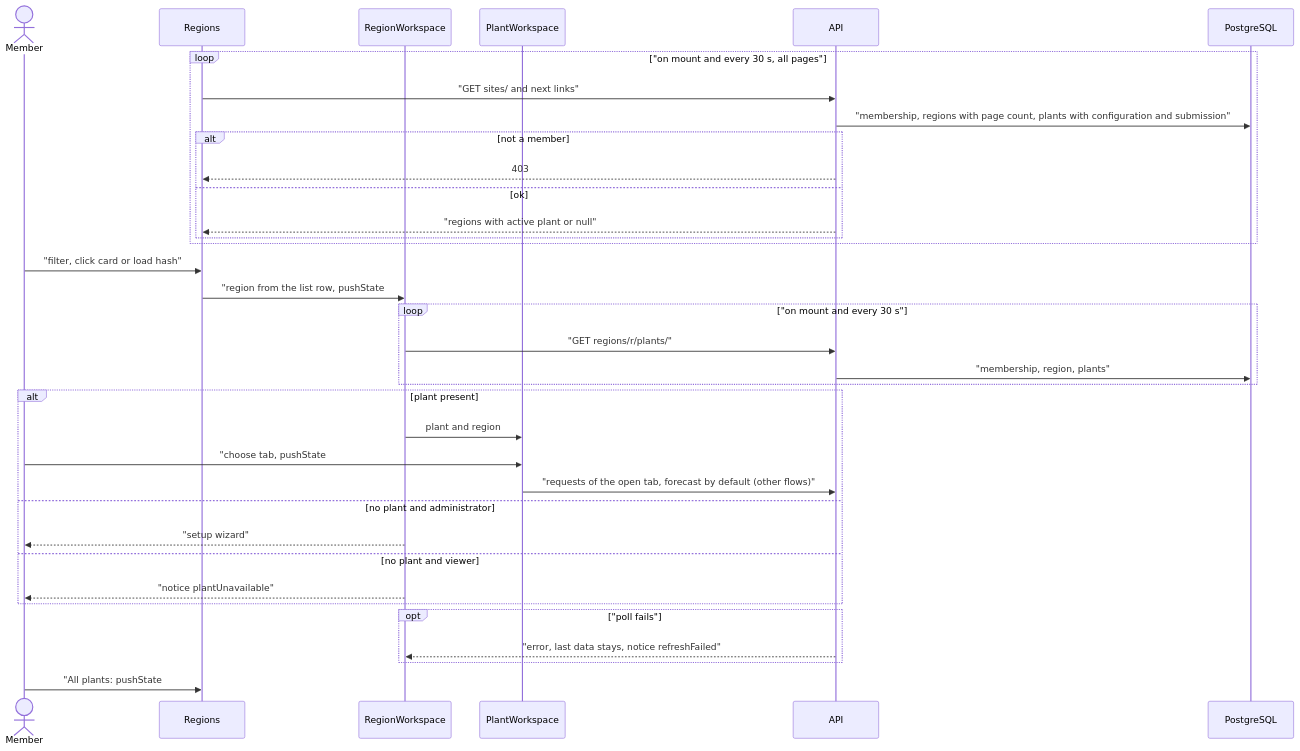
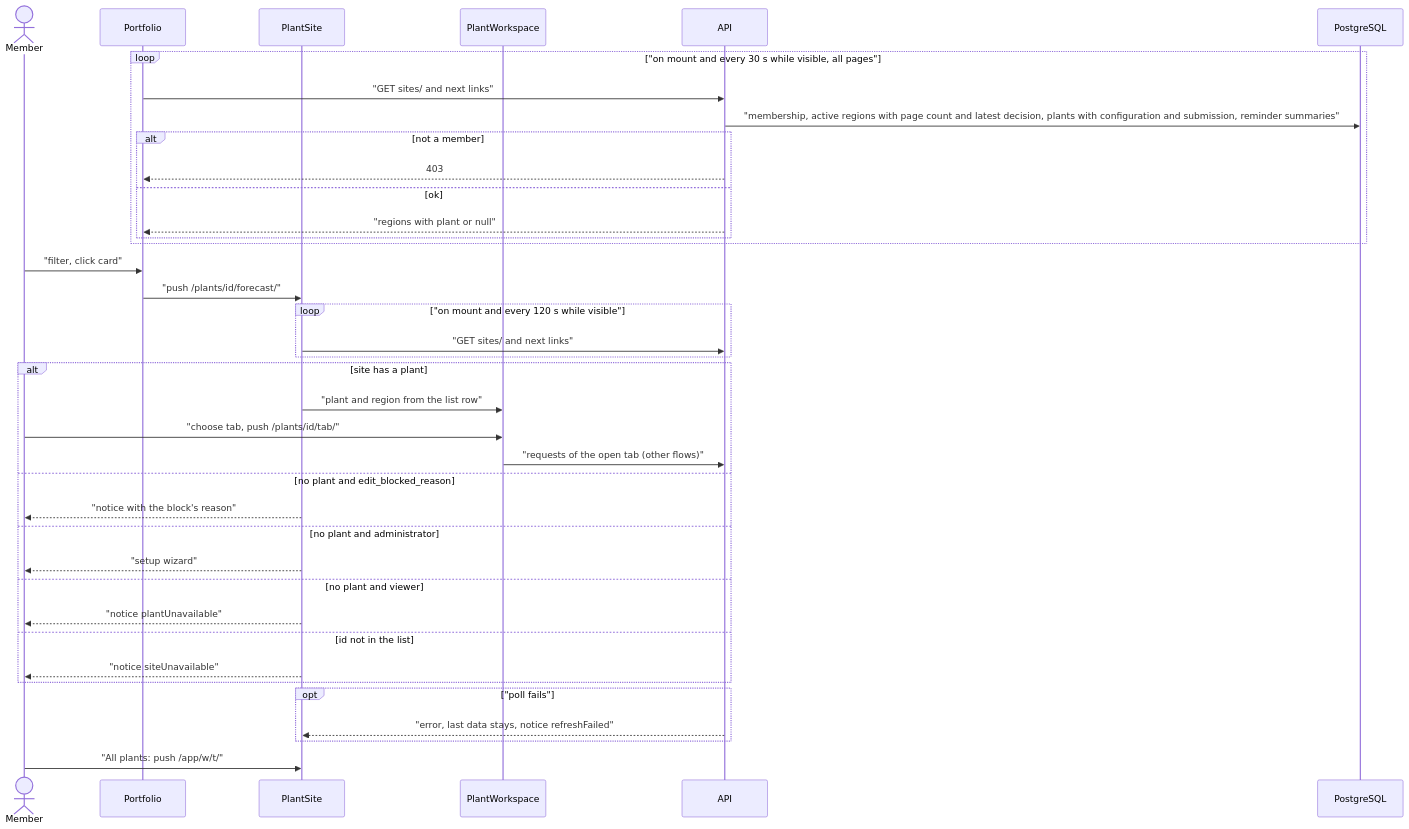
One commit to erkurtharun/pyracast changed the diagram in docs/flows/plant-portfolio.md. Above: the diagram before and after it, drawn with Mermaid. The commit also changed other lines of this file and 85 other files, not shown here.

First line of the commit message:
Bring the flow pages in line with the code (#107)

````diff
--- a/docs/flows/plant-portfolio.md
+++ b/docs/flows/plant-portfolio.md
@@ -13,37 +14,40 @@
 ```mermaid
 sequenceDiagram
     actor U as Member
-    participant D as Regions
-    participant W as RegionWorkspace
-    participant S as PlantWorkspace
+    participant D as Portfolio
+    participant S as PlantSite
+    participant W as PlantWorkspace
     participant A as API
     participant DB as PostgreSQL
-    loop "on mount and every 30 s, all pages"
+    loop "on mount and every 30 s while visible, all pages"
         D->>A: "GET sites/ and next links"
-        A->>DB: "membership, regions with page count, plants with configuration and submission"
+        A->>DB: "membership, active regions with page count and latest decision, plants with configuration and submission, reminder summaries"
         alt not a member
             A-->>D: 403
         else ok
-            A-->>D: "regions with active plant or null"
+            A-->>D: "regions with plant or null"
         end
     end
-    U->>D: "filter, click card or load hash"
-    D->>W: "region from the list row, pushState #plant-id/forecast"
-    loop "on mount and every 30 s"
-        W->>A: "GET regions/r/plants/"
-        A->>DB: "membership, region, plants"
+    U->>D: "filter, click card"
+    D->>S: "push /plants/id/forecast/"
+    loop "on mount and every 120 s while visible"
+        S->>A: "GET sites/ and next links"
     end
-    alt plant present
-        W->>S: plant and region
-        U->>S: "choose tab, pushState #plant-region/tab"
-        S->>A: "requests of the open tab, forecast by default (other flows)"
+    alt site has a plant
+        S->>W: "plant and region from the list row"
+        U->>W: "choose tab, push /plants/id/tab/"
+        W->>A: "requests of the open tab (other flows)"
+    else no plant and edit_blocked_reason
+        S-->>U: "notice with the block's reason"
     else no plant and administrator
-        W-->>U: "setup wizard"
+        S-->>U: "setup wizard"
     else no plant and viewer
-        W-->>U: "notice plantUnavailable"
+        S-->>U: "notice plantUnavailable"
+    else id not in the list
+        S-->>U: "notice siteUnavailable"
     end
     opt "poll fails"
-        A-->>W: "error, last data stays, notice refreshFailed"
+        A-->>S: "error, last data stays, notice refreshFailed"
     end
-    U->>D: "All plants: pushState #plants, refetch sites"
+    U->>S: "All plants: push /app/w/t/"
 ```
````
